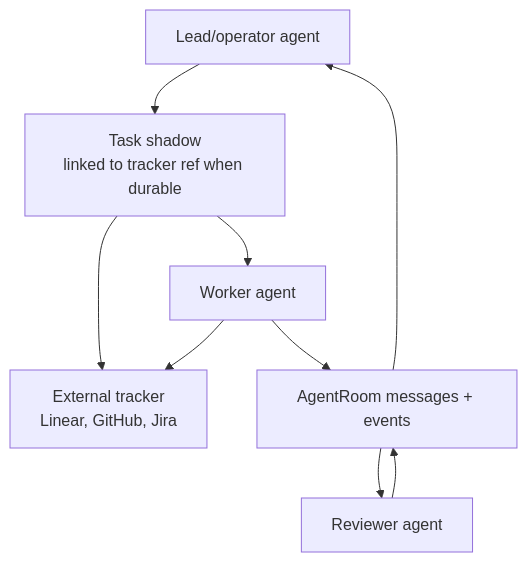
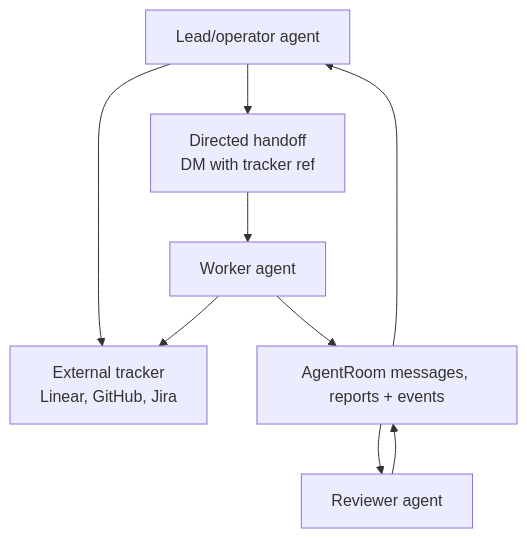
The second of 3 diagrams in docs/DIAGRAM.md (Volpestyle/agent-room), drawn with Mermaid before and after one commit. The commit also changed other lines of this file and 41 other files, not shown here.

````diff
--- a/docs/DIAGRAM.md
+++ b/docs/DIAGRAM.md
@@ -30,18 +30,18 @@
 ```mermaid
 flowchart TB
   lead["Lead/operator agent"]
-  task["Task shadow<br/>linked to tracker ref when durable"]
+  tracker["External tracker<br/>Linear, GitHub, Jira"]
+  assignment["Directed handoff<br/>DM with tracker ref"]
   worker["Worker agent"]
   reviewer["Reviewer agent"]
-  tracker["External tracker<br/>Linear, GitHub, Jira"]
-  room["AgentRoom messages + events"]
+  room["AgentRoom messages, reports + events"]
 
-  lead --> task
-  task --> worker
+  lead --> tracker
+  lead --> assignment
+  assignment --> worker
   worker --> room
   room --> reviewer
   reviewer --> room
   room --> lead
-  task --> tracker
   worker --> tracker
 ```
````
